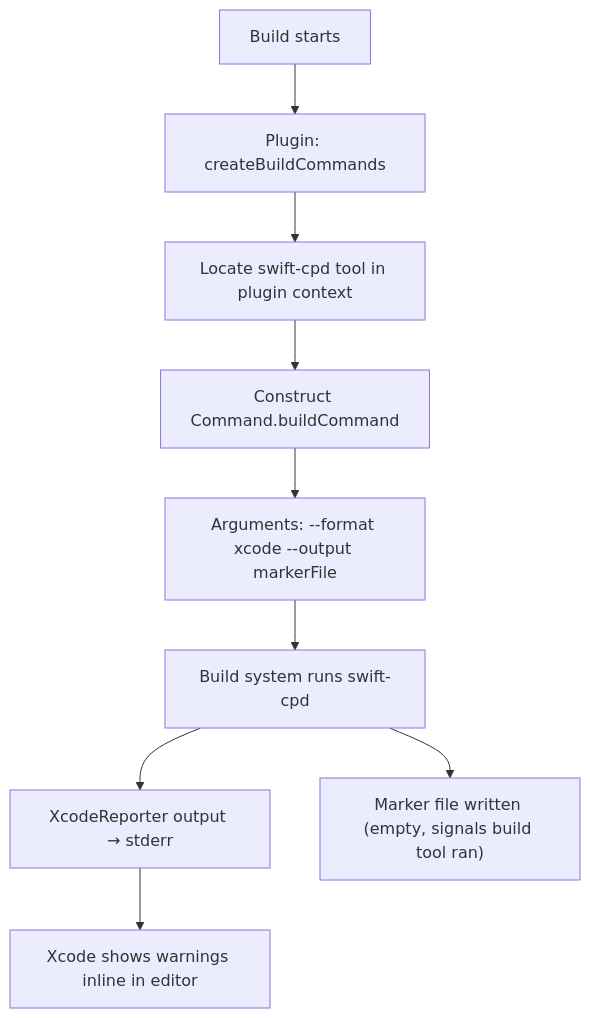
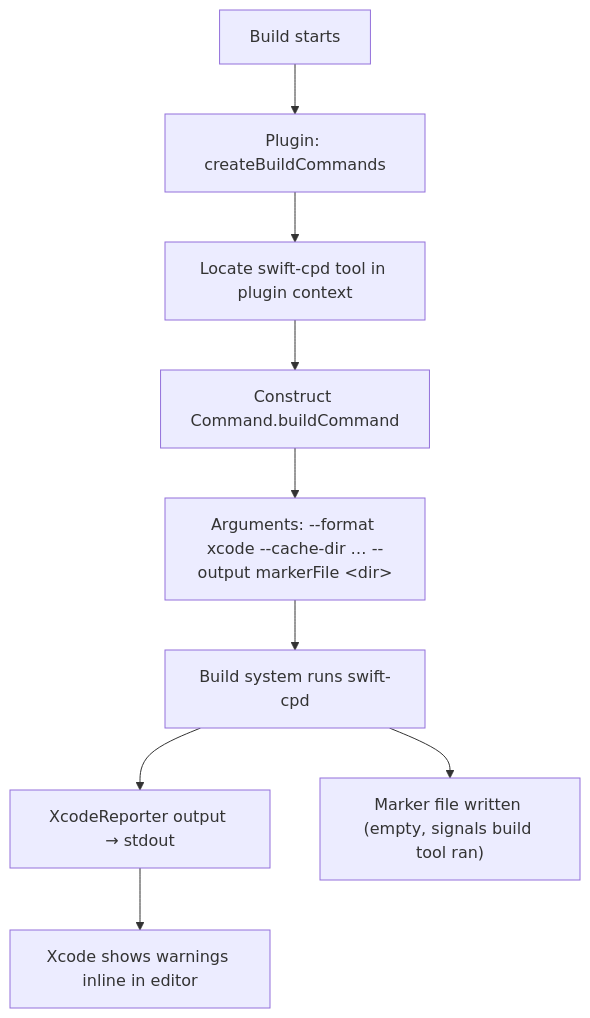
One commit to ericodx/swift-cpd changed the diagram in Docs/CodeBase/11-plugin.md. Above: the diagram before and after it, drawn with Mermaid. The commit also changed other lines of this file, not shown here.

Commit message:
docs: document the plugin entry points, arguments and config interaction accurately

````diff
--- a/Docs/CodeBase/11-plugin.md
+++ b/Docs/CodeBase/11-plugin.md
@@ -36,11 +38,11 @@
 ```mermaid
 flowchart TD
     B["Build starts"] --> P["Plugin: createBuildCommands"]
     P --> L["Locate swift-cpd tool in plugin context"]
     L --> C["Construct Command.buildCommand"]
-    C --> A["Arguments: --format xcode --output markerFile"]
+    C --> A["Arguments: --format xcode --cache-dir … --output markerFile &lt;dir&gt;"]
     A --> R["Build system runs swift-cpd"]
-    R --> X["XcodeReporter output → stderr"]
+    R --> X["XcodeReporter output → stdout"]
     X --> W["Xcode shows warnings inline in editor"]
     R --> M["Marker file written (empty, signals build tool ran)"]
 ```
````
